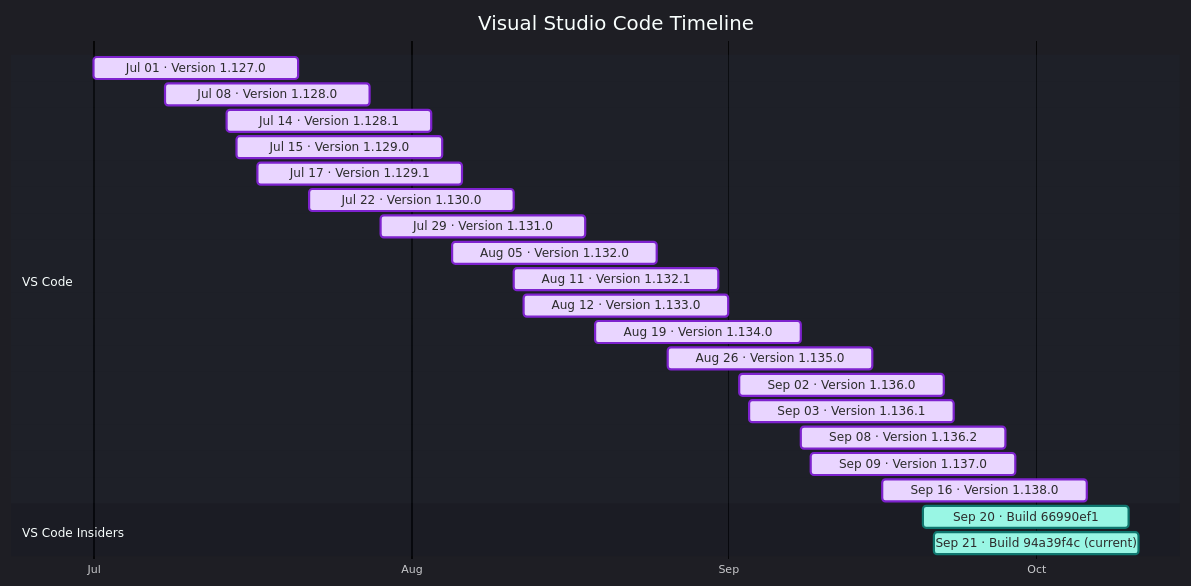
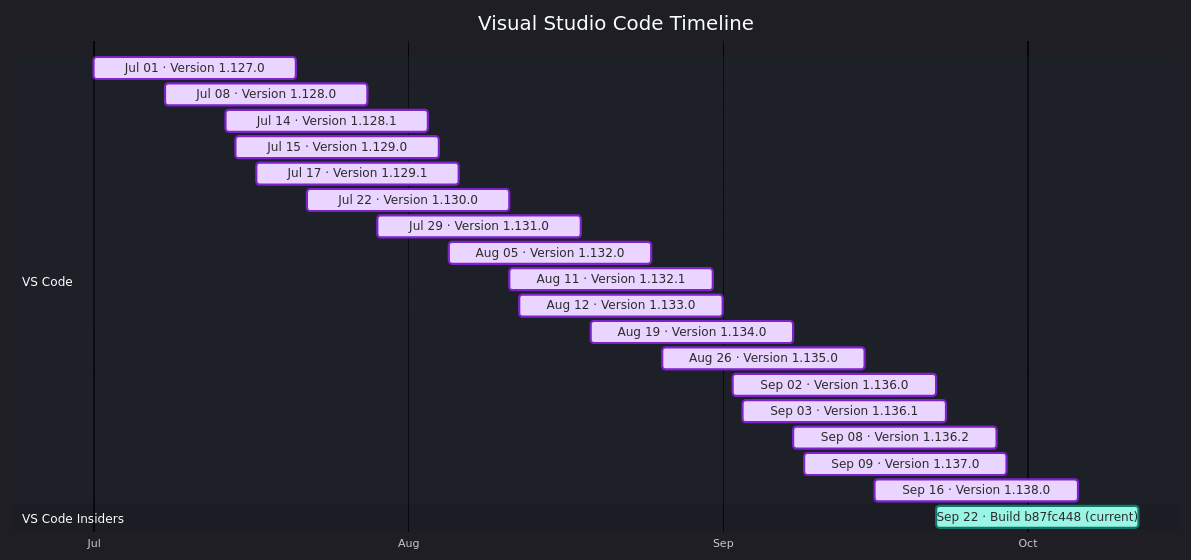
Before and after one commit to Oxelya-DevTools/VisualStudioUpdate: the diagram in docs/vscode.md, drawn with Mermaid. The commit also changed other lines of this file and 1 other file, not shown here.

````diff
--- a/docs/vscode.md
+++ b/docs/vscode.md
@@ -9,29 +9,28 @@
 ```mermaid
 %%{init: {'theme':'dark','themeVariables': { 'fontFamily': 'Segoe UI', 'fontSize': '24px', 'textColor': '#F3F4F6', 'titleTextColor': '#FFFFFF', 'taskTextColor': '#111827', 'taskTextLightColor': '#111827', 'taskTextOutsideColor': '#F3F4F6', 'taskBkgColor': '#BAE6FD', 'taskBorderColor': '#0369A1', 'doneTaskBkgColor': '#E9D5FF', 'doneTaskBorderColor': '#7E22CE', 'activeTaskBkgColor': '#99F6E4', 'activeTaskBorderColor': '#0F766E', 'critTaskBkgColor': '#FED7AA', 'critTaskBorderColor': '#C2410C', 'sectionBkgColor': '#1F2937', 'altSectionBkgColor': '#111827', 'gridColor': '#4B5563', 'todayLineColor': '#F87171' }}}%%
 gantt
     title Visual Studio Code Timeline
     dateFormat  YYYY-MM-DD
     axisFormat  %b
     tickInterval 1month
     section VS Code
     Jul 01 · Version 1.127.0 : done, vscode202607010, 2026-07-01, 20d
     Jul 08 · Version 1.128.0 : done, vscode202607081, 2026-07-08, 20d
     Jul 14 · Version 1.128.1 : done, vscode202607142, 2026-07-14, 20d
     Jul 15 · Version 1.129.0 : done, vscode202607153, 2026-07-15, 20d
     Jul 17 · Version 1.129.1 : done, vscode202607174, 2026-07-17, 20d
     Jul 22 · Version 1.130.0 : done, vscode202607225, 2026-07-22, 20d
     Jul 29 · Version 1.131.0 : done, vscode202607296, 2026-07-29, 20d
     Aug 05 · Version 1.132.0 : done, vscode202608057, 2026-08-05, 20d
     Aug 11 · Version 1.132.1 : done, vscode202608118, 2026-08-11, 20d
     Aug 12 · Version 1.133.0 : done, vscode202608129, 2026-08-12, 20d
     Aug 19 · Version 1.134.0 : done, vscode2026081910, 2026-08-19, 20d
     Aug 26 · Version 1.135.0 : done, vscode2026082611, 2026-08-26, 20d
     Sep 02 · Version 1.136.0 : done, vscode2026090212, 2026-09-02, 20d
     Sep 03 · Version 1.136.1 : done, vscode2026090313, 2026-09-03, 20d
     Sep 08 · Version 1.136.2 : done, vscode2026090814, 2026-09-08, 20d
     Sep 09 · Version 1.137.0 : done, vscode2026090915, 2026-09-09, 20d
     Sep 16 · Version 1.138.0 : done, vscode2026091616, 2026-09-16, 20d
     section VS Code Insiders
-    Sep 20 · Build 66990ef1 : active, vscodeinsiders202609200, 2026-09-20, 20d
-    Sep 21 · Build 94a39f4c (current) : active, vscodeinsiders202609211, 2026-09-21, 20d
+    Sep 22 · Build b87fc448 (current) : active, vscodeinsiders202609220, 2026-09-22, 20d
 ```
````
